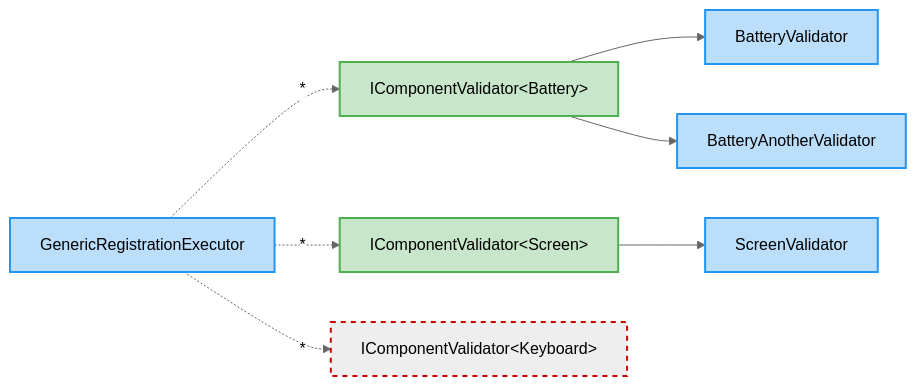
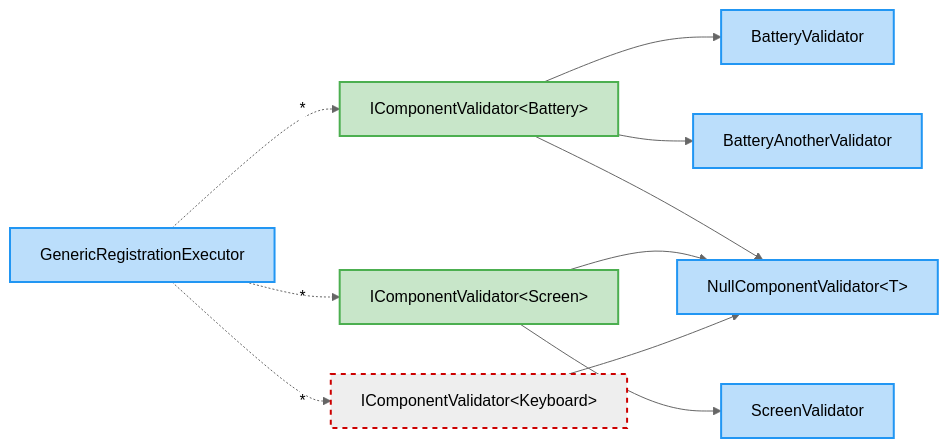
The diagram in examples/Qudi.Example.Readme/exported/GenericRegistrationExecutor.md (arika0093/Qudi), drawn with Mermaid (neutral theme) before and after one commit. The commit also changed 14 other files, not shown here.

````diff
--- a/examples/Qudi.Example.Readme/exported/GenericRegistrationExecutor.md
+++ b/examples/Qudi.Example.Readme/exported/GenericRegistrationExecutor.md
@@ -1,27 +1,32 @@
 ```mermaid
 flowchart LR
-    Qudi_Examples_GenericRegistration_GenericRegistrationExecutor["GenericRegistrationExecutor"]
+    Qudi_Examples_GenericRegistration_NullComponentValidator_T_["NullComponentValidator#lt;T#gt;"]
+    Qudi_Examples_GenericRegistration_BatteryValidator["BatteryValidator"]
     Qudi_Examples_GenericRegistration_IComponentValidator_Qudi_Examples_GenericRegistration_Battery_["IComponentValidator#lt;Battery#gt;"]
-    Qudi_Examples_GenericRegistration_IComponentValidator_Qudi_Examples_GenericRegistration_Screen_["IComponentValidator#lt;Screen#gt;"]
-    Qudi_Examples_GenericRegistration_IComponentValidator_Qudi_Examples_GenericRegistration_Keyboard_["IComponentValidator#lt;Keyboard#gt;"]
-    Qudi_Examples_GenericRegistration_BatteryValidator["BatteryValidator"]
     Qudi_Examples_GenericRegistration_BatteryAnotherValidator["BatteryAnotherValidator"]
     Qudi_Examples_GenericRegistration_ScreenValidator["ScreenValidator"]
+    Qudi_Examples_GenericRegistration_IComponentValidator_Qudi_Examples_GenericRegistration_Screen_["IComponentValidator#lt;Screen#gt;"]
+    Qudi_Examples_GenericRegistration_GenericRegistrationExecutor["GenericRegistrationExecutor"]
+    Qudi_Examples_GenericRegistration_IComponentValidator_Qudi_Examples_GenericRegistration_Keyboard_["IComponentValidator#lt;Keyboard#gt;"]
+    Qudi_Examples_GenericRegistration_IComponentValidator_Qudi_Examples_GenericRegistration_Battery_ --> Qudi_Examples_GenericRegistration_BatteryValidator
+    Qudi_Examples_GenericRegistration_IComponentValidator_Qudi_Examples_GenericRegistration_Battery_ --> Qudi_Examples_GenericRegistration_BatteryAnotherValidator
+    Qudi_Examples_GenericRegistration_IComponentValidator_Qudi_Examples_GenericRegistration_Screen_ --> Qudi_Examples_GenericRegistration_ScreenValidator
     Qudi_Examples_GenericRegistration_GenericRegistrationExecutor -.->|"*"| Qudi_Examples_GenericRegistration_IComponentValidator_Qudi_Examples_GenericRegistration_Battery_
     Qudi_Examples_GenericRegistration_GenericRegistrationExecutor -.->|"*"| Qudi_Examples_GenericRegistration_IComponentValidator_Qudi_Examples_GenericRegistration_Screen_
     Qudi_Examples_GenericRegistration_GenericRegistrationExecutor -.->|"*"| Qudi_Examples_GenericRegistration_IComponentValidator_Qudi_Examples_GenericRegistration_Keyboard_
-    Qudi_Examples_GenericRegistration_IComponentValidator_Qudi_Examples_GenericRegistration_Battery_ --> Qudi_Examples_GenericRegistration_BatteryValidator
-    Qudi_Examples_GenericRegistration_IComponentValidator_Qudi_Examples_GenericRegistration_Battery_ --> Qudi_Examples_GenericRegistration_BatteryAnotherValidator
-    Qudi_Examples_GenericRegistration_IComponentValidator_Qudi_Examples_GenericRegistration_Screen_ --> Qudi_Examples_GenericRegistration_ScreenValidator
+    Qudi_Examples_GenericRegistration_IComponentValidator_Qudi_Examples_GenericRegistration_Battery_ --> Qudi_Examples_GenericRegistration_NullComponentValidator_T_
+    Qudi_Examples_GenericRegistration_IComponentValidator_Qudi_Examples_GenericRegistration_Screen_ --> Qudi_Examples_GenericRegistration_NullComponentValidator_T_
+    Qudi_Examples_GenericRegistration_IComponentValidator_Qudi_Examples_GenericRegistration_Keyboard_ --> Qudi_Examples_GenericRegistration_NullComponentValidator_T_
     classDef missing stroke:#c00,stroke-width:2px,stroke-dasharray:5 5;
     class Qudi_Examples_GenericRegistration_IComponentValidator_Qudi_Examples_GenericRegistration_Keyboard_ missing;
     classDef interface fill:#c8e6c9,stroke:#4caf50,stroke-width:2px,color:#000;
     class Qudi_Examples_GenericRegistration_IComponentValidator_Qudi_Examples_GenericRegistration_Battery_ interface;
     class Qudi_Examples_GenericRegistration_IComponentValidator_Qudi_Examples_GenericRegistration_Screen_ interface;
     classDef cls fill:#bbdefb,stroke:#2196f3,stroke-width:2px,color:#000;
-    class Qudi_Examples_GenericRegistration_GenericRegistrationExecutor cls;
+    class Qudi_Examples_GenericRegistration_NullComponentValidator_T_ cls;
     class Qudi_Examples_GenericRegistration_BatteryValidator cls;
     class Qudi_Examples_GenericRegistration_BatteryAnotherValidator cls;
     class Qudi_Examples_GenericRegistration_ScreenValidator cls;
+    class Qudi_Examples_GenericRegistration_GenericRegistrationExecutor cls;
 
 ```
````
